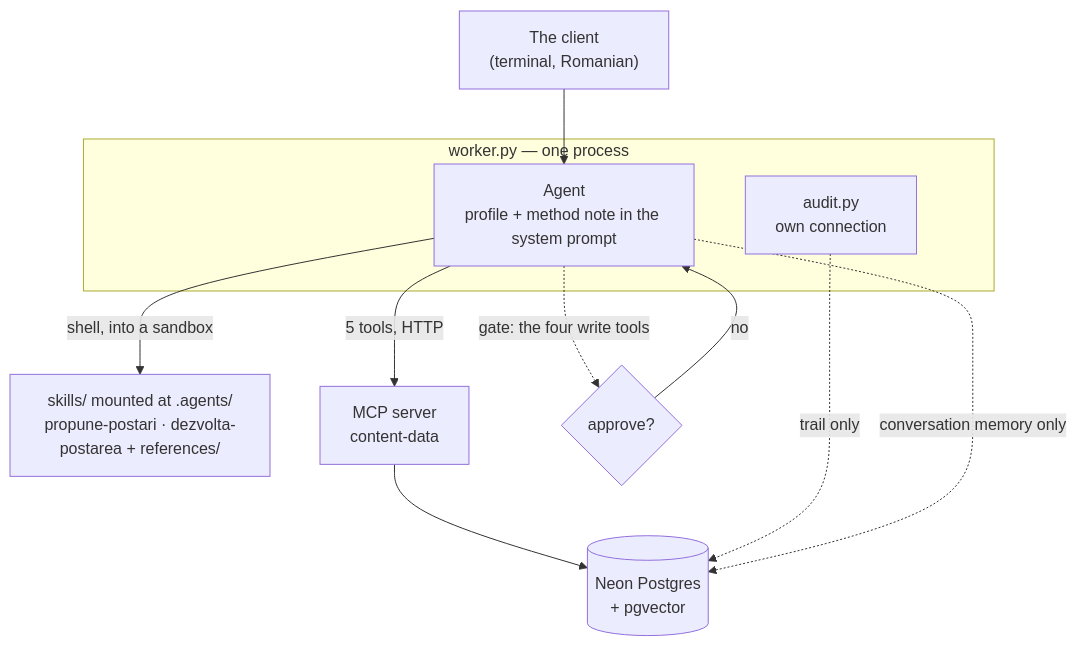
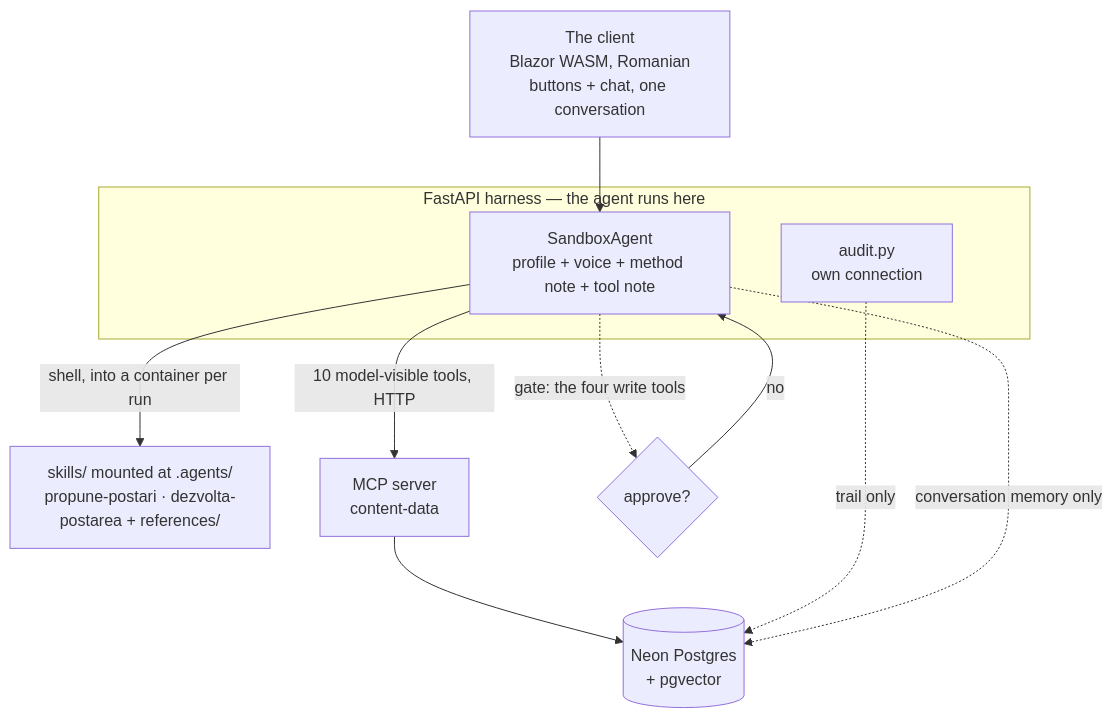
One commit to sorinLupaIonut/content-studio-fte changed the diagram in README.md. Above: the diagram before and after it, drawn with Mermaid. The commit also changed other lines of this file and 12 other files, not shown here.

````diff
--- a/README.md
+++ b/README.md
@@ -53,18 +54,18 @@
 ```mermaid
 flowchart TB
-    U["The client<br/>(terminal, Romanian)"] --> W
+    U["The client<br/>Blazor WASM, Romanian<br/>buttons + chat, one conversation"] --> H
 
-    subgraph proc["worker.py — one process"]
-        W["Agent<br/>profile + method note in the system prompt"]
+    subgraph proc["FastAPI harness — the agent runs here"]
+        H["SandboxAgent<br/>profile + voice + method note + tool note"]
         A["audit.py<br/>own connection"]
     end
 
-    W -->|"shell, into a sandbox"| S["skills/ mounted at .agents/<br/>propune-postari · dezvolta-postarea + references/"]
-    W -->|"5 tools, HTTP"| M["MCP server<br/>content-data"]
-    W -.->|"gate: the four write tools"| G{"approve?"}
-    G -->|"no"| W
+    H -->|"shell, into a container per run"| S["skills/ mounted at .agents/<br/>propune-postari · dezvolta-postarea + references/"]
+    H -->|"10 model-visible tools, HTTP"| M["MCP server<br/>content-data"]
+    H -.->|"gate: the four write tools"| G{"approve?"}
+    G -->|"no"| H
 
     M --> DB[("Neon Postgres<br/>+ pgvector")]
     A -.->|"trail only"| DB
-    W -.->|"conversation memory only"| DB
+    H -.->|"conversation memory only"| DB
 ```
````
